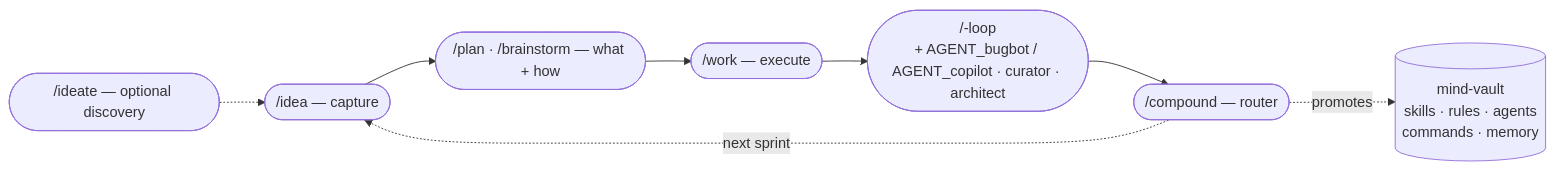
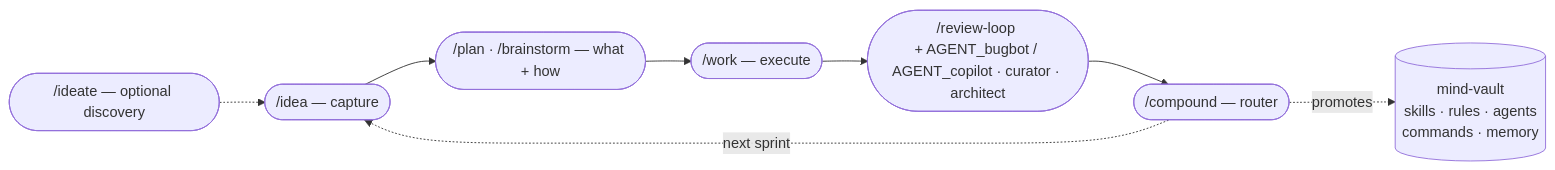
Before and after one commit to infohata/mind-vault: the diagram in README.md, drawn with Mermaid. The commit also changed other lines of this file, not shown here.

First line of the commit message:
docs(readme): sweep /<engine>-loop refs to /review-loop for internal consistency (PR #133)

````diff
--- a/README.md
+++ b/README.md
@@ -25,10 +25,10 @@
 ```mermaid
 flowchart LR
     I0(["/ideate — optional discovery"]) -.-> I1
     I1(["/idea — capture"]) --> P
     P(["/plan · /brainstorm — what + how"]) --> W
     W(["/work — execute"]) --> R
-    R(["/<engine>-loop\n+ AGENT_bugbot / AGENT_copilot · curator · architect"]) --> C
+    R(["/review-loop <engine>\n+ AGENT_bugbot / AGENT_copilot · curator · architect"]) --> C
     C(["/compound — router"]) -.promotes.-> V[("mind-vault\nskills · rules · agents\ncommands · memory")]
     C -.next sprint.-> I1
 ```
````
